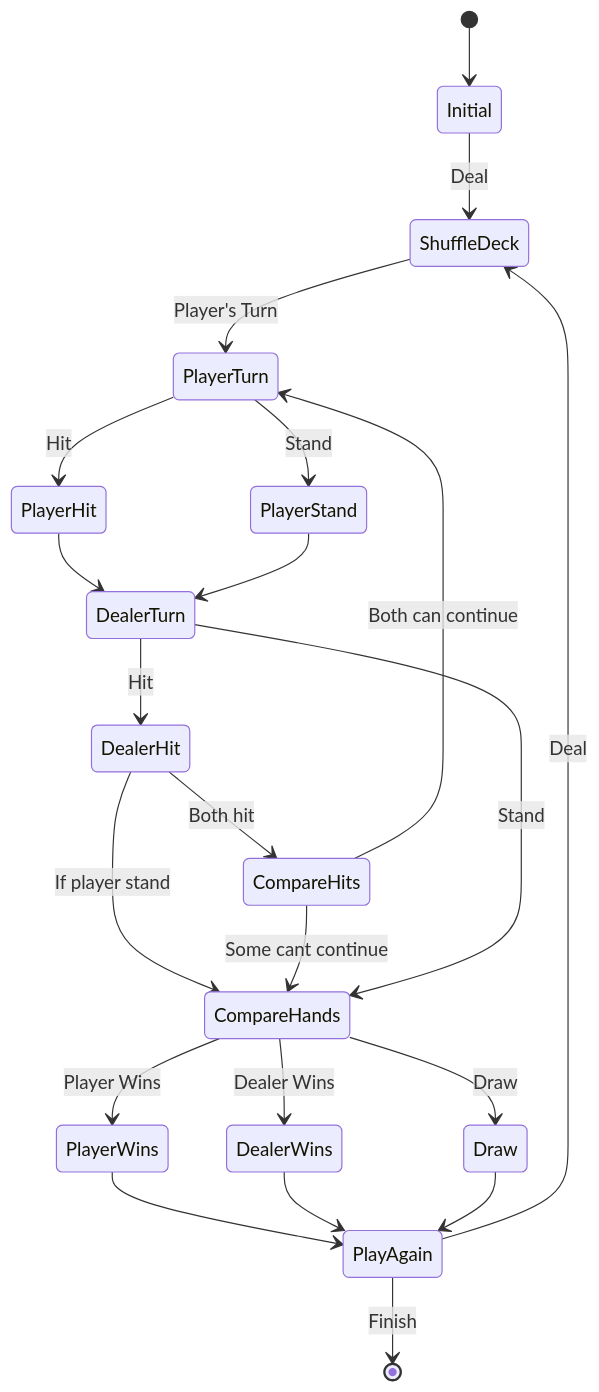
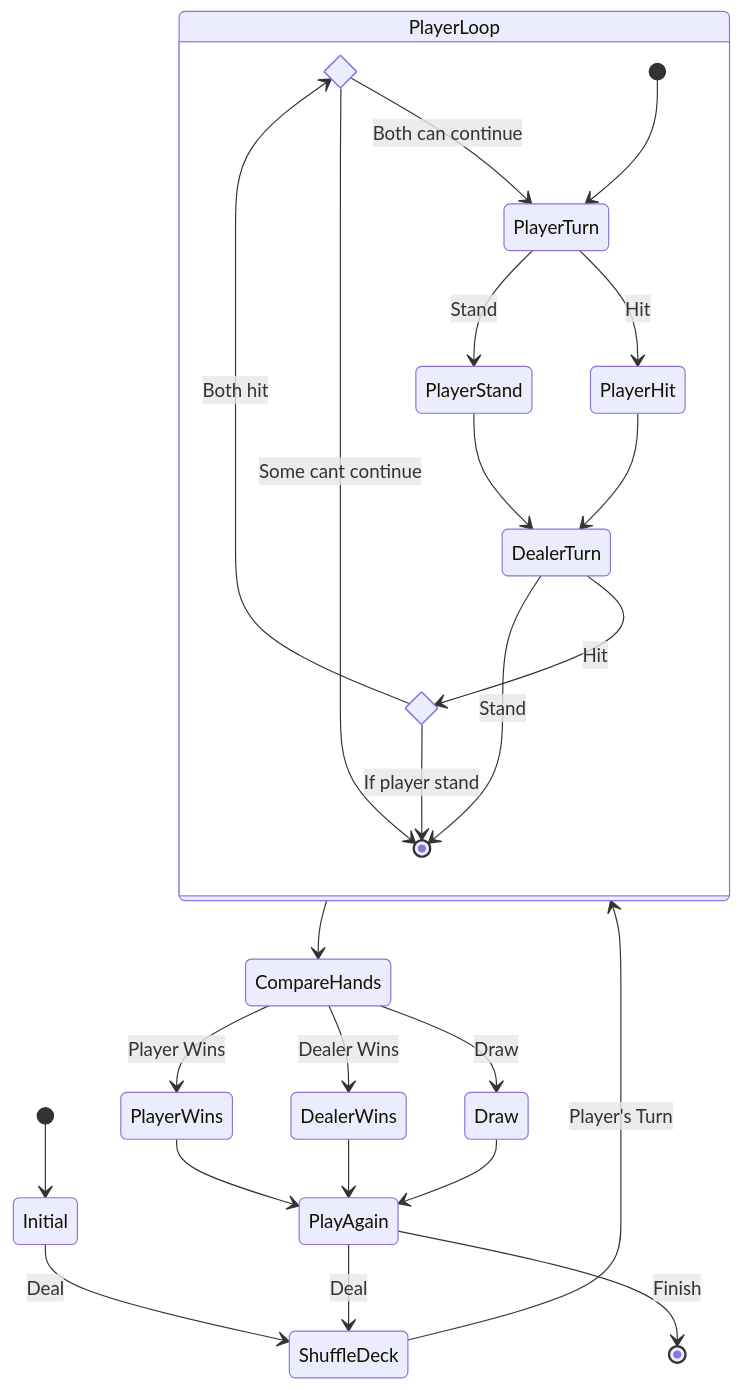
The diagram in dapp-contract-blackjack/README.md (Calindra/cartesi-drand), drawn with Mermaid before and after one commit.

Commit message:
docs: improve docs

````diff
--- a/dapp-contract-blackjack/README.md
+++ b/dapp-contract-blackjack/README.md
@@ -4,27 +4,35 @@
 ```mermaid
 stateDiagram-v2
-    %% state CompareHits <<choice>>
-    %% state DealerHit <<choice>>
+    state CompareHits <<choice>>
+    state DealerHit <<choice>>
 
     [*] --> Initial
     Initial --> ShuffleDeck : Deal
-    ShuffleDeck --> PlayerTurn  : Player's Turn
-    PlayerTurn --> PlayerHit : Hit
-    PlayerTurn --> PlayerStand : Stand
-    PlayerHit --> DealerTurn
-    PlayerStand --> DealerTurn
-    DealerTurn --> DealerHit : Hit
-    DealerHit --> CompareHands: If player stand
-    DealerHit --> CompareHits: Both hit
-    CompareHits --> PlayerTurn: Both can continue
-    CompareHits --> CompareHands: Some cant continue
-    DealerTurn --> CompareHands : Stand
+    ShuffleDeck --> PlayerLoop  : Player's Turn
+
+    state PlayerLoop {
+        [*] --> PlayerTurn
+        PlayerTurn --> PlayerHit : Hit
+        PlayerTurn --> PlayerStand : Stand
+        PlayerHit --> DealerTurn
+        PlayerStand --> DealerTurn
+        DealerTurn --> DealerHit : Hit
+        DealerHit --> CompareHits: Both hit
+        CompareHits --> PlayerTurn: Both can continue
+
+        DealerHit --> [*]: If player stand
+        CompareHits --> [*]: Some cant continue
+        DealerTurn --> [*] : Stand
+    }
+
+    PlayerLoop --> CompareHands
+
     CompareHands --> PlayerWins : Player Wins
     CompareHands --> DealerWins : Dealer Wins
     CompareHands --> Draw : Draw
     PlayerWins --> PlayAgain
     DealerWins --> PlayAgain
     Draw --> PlayAgain
     PlayAgain --> ShuffleDeck : Deal
     PlayAgain --> [*] : Finish
 ```
````
